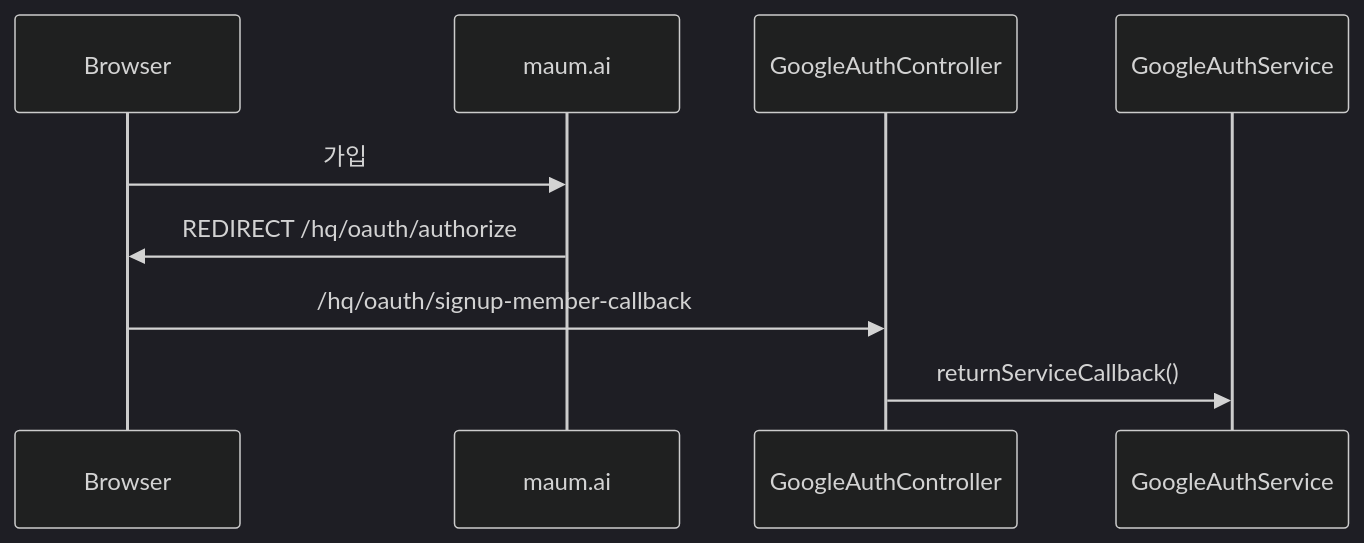
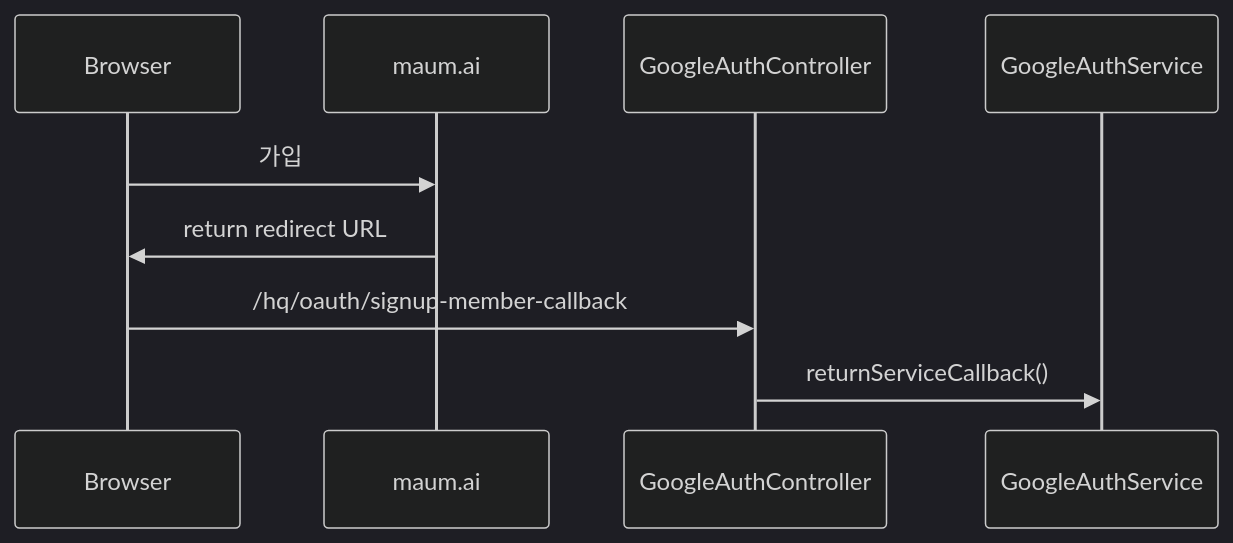
The second of 3 diagrams in Architecture.md (Ye-Jun/SSO), drawn with Mermaid (dark theme) before and after one commit. The commit also changed other lines of this file, not shown here.

Commit message:
Architecture.md updated from https://stackedit.io/

````diff
--- a/Architecture.md
+++ b/Architecture.md
@@ -31,8 +31,8 @@
 ```mermaid
 sequenceDiagram
 Browser ->> maum.ai : 가입
-maum.ai ->> Browser : REDIRECT /hq/oauth/authorize
+maum.ai ->> Browser : return redirect URL
 Browser ->> GoogleAuthController : /hq/oauth/signup-member-callback
 GoogleAuthController ->> GoogleAuthService : returnServiceCallback()
 
 ```
````
